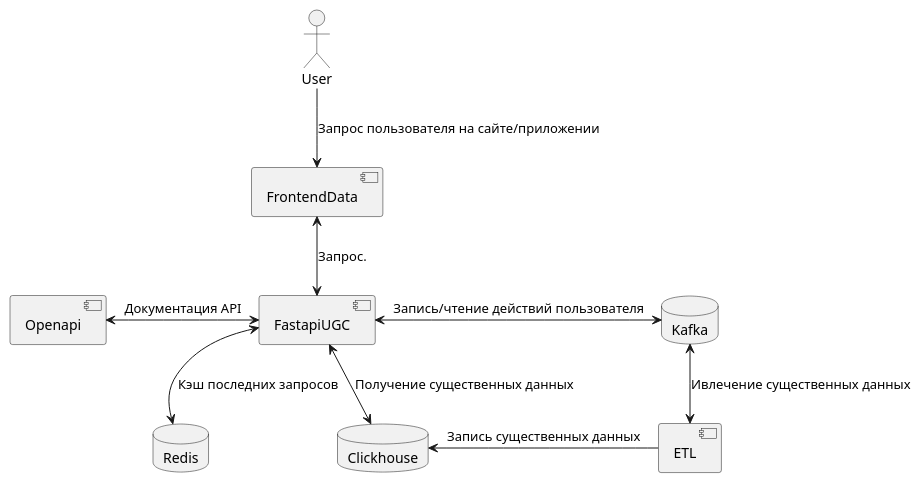
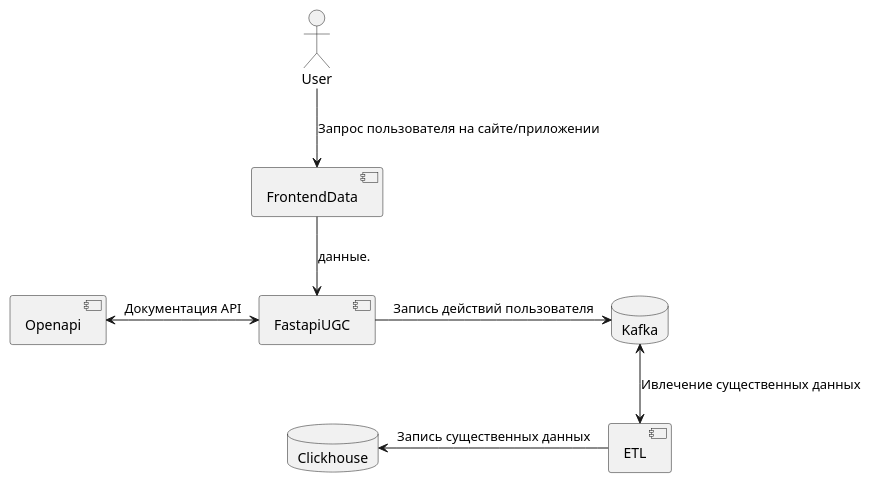
One commit to Khosep/UGC_service changed the diagram in ugc-service/architecture.wsd. Above: the diagram before and after it, drawn with PlantUML.

Commit message:
afted demo

```diff
--- a/ugc-service/architecture.wsd
+++ b/ugc-service/architecture.wsd
@@ -1,20 +1,17 @@
 @startuml
 skinparam componentStyle uml2
 component FrontendData
 actor User as Client
 component FastapiUGC
 component Openapi
 component ETL
-database Redis
 database Clickhouse
 database Kafka
 
 Client -down-> FrontendData: Запрос пользователя на сайте/приложении
-FrontendData <-down-> FastapiUGC: Запрос.
-FastapiUGC <-right-> Kafka: Запись/чтение действий пользователя
-FastapiUGC <-down-> Redis: Кэш последних запросов
+FrontendData -down-> FastapiUGC: данные.
+FastapiUGC -right-> Kafka: Запись действий пользователя
 Kafka <-down-> ETL: Ивлечение существенных данных
 ETL -left-> Clickhouse: Запись существенных данных
-FastapiUGC <-down-> Clickhouse: Получение существенных данных
 Openapi <-right-> FastapiUGC: Документация API
 @enduml
```
